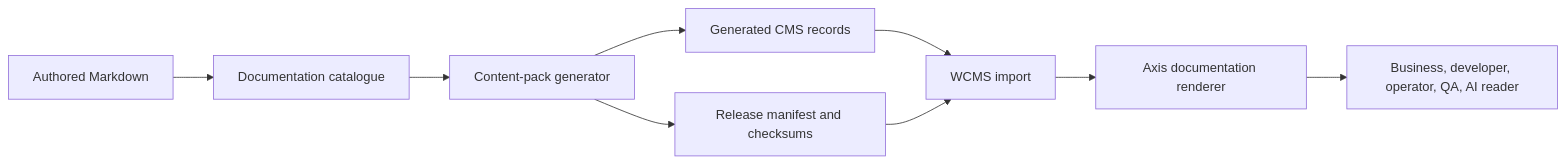
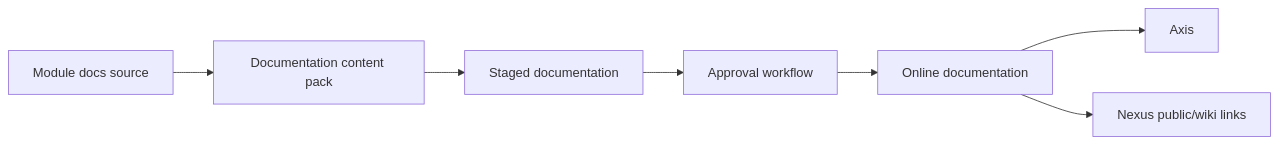
Before and after one commit to Nodics/nodics.ai: the diagram in nodics.docs/docs/pages/nodics.docs/overview.md, drawn with Mermaid. The commit also changed other lines of this file and 92 other files, not shown here.

Commit message:
Refactor documentation publishing and content hierarchy

````diff
--- a/nodics.docs/docs/pages/nodics.docs/overview.md
+++ b/nodics.docs/docs/pages/nodics.docs/overview.md
@@ -99,11 +9,9 @@
 ```mermaid
 flowchart LR
-  Markdown["Authored Markdown"] --> Catalogue["Documentation catalogue"]
-  Catalogue --> Generator["Content-pack generator"]
-  Generator --> Data["Generated CMS records"]
-  Generator --> Manifest["Release manifest and checksums"]
-  Data --> WCMS["WCMS import"]
-  Manifest --> WCMS
-  WCMS --> Axis["Axis documentation renderer"]
-  Axis --> Reader["Business, developer, operator, QA, AI reader"]
+  Source["Module docs source"] --> Pack["Documentation content pack"]
+  Pack --> Staged["Staged documentation"]
+  Staged --> Approval["Approval workflow"]
+  Approval --> Online["Online documentation"]
+  Online --> Axis["Axis"]
+  Online --> Nexus["Nexus public/wiki links"]
 ```
````
